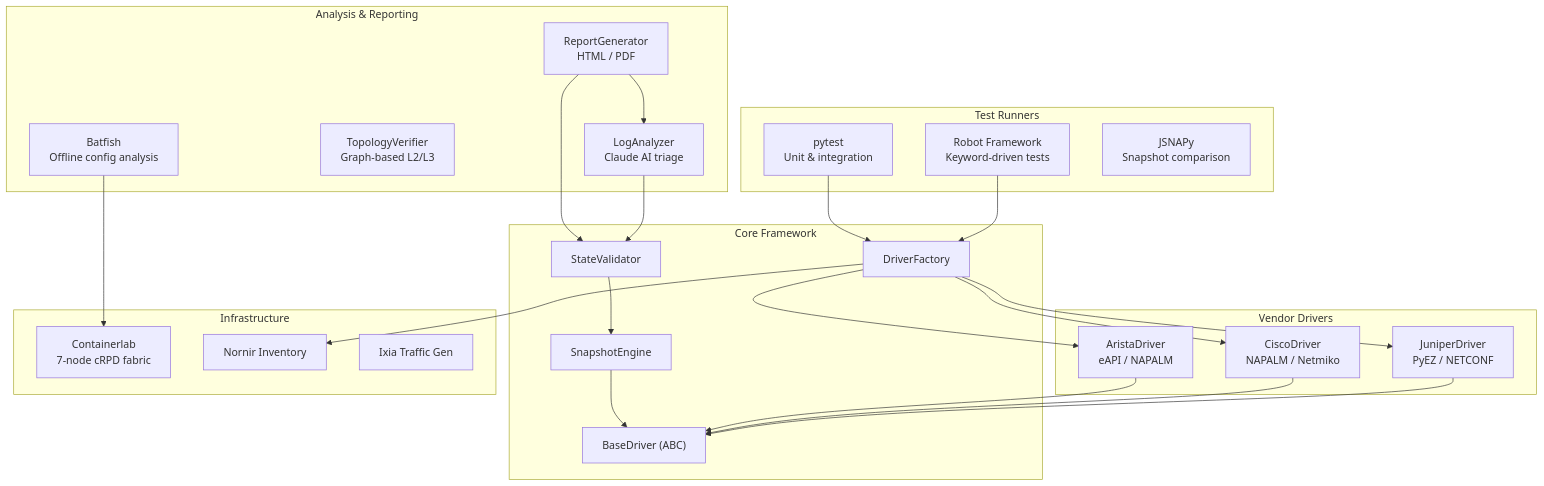
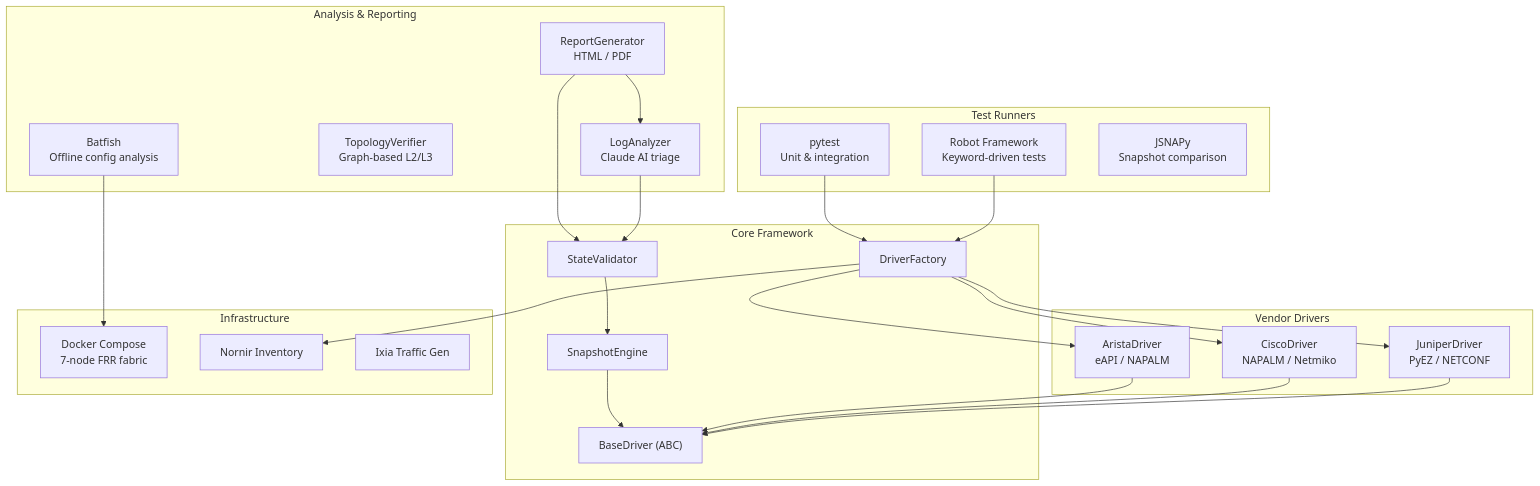
The diagram in README.md (tejakusireddy/network-test-automation-framework), drawn with Mermaid before and after one commit. The commit also changed other lines of this file and 18 other files, not shown here.

First line of the commit message:
feat: add working FRR lab topology with docker-compose and validation results

````diff
--- a/README.md
+++ b/README.md
@@ -15,45 +15,45 @@
 ```mermaid
 graph TB
     subgraph "Test Runners"
         RF["Robot Framework<br/>Keyword-driven tests"]
         PT["pytest<br/>Unit & integration"]
         JS["JSNAPy<br/>Snapshot comparison"]
     end
 
     subgraph "Core Framework"
         DF["DriverFactory"]
         BD["BaseDriver (ABC)"]
         SE["SnapshotEngine"]
         VL["StateValidator"]
     end
 
     subgraph "Vendor Drivers"
         JD["JuniperDriver<br/>PyEZ / NETCONF"]
         CD["CiscoDriver<br/>NAPALM / Netmiko"]
         AD["AristaDriver<br/>eAPI / NAPALM"]
     end
 
     subgraph "Analysis & Reporting"
         BF["Batfish<br/>Offline config analysis"]
         TV["TopologyVerifier<br/>Graph-based L2/L3"]
         LA["LogAnalyzer<br/>Claude AI triage"]
         RG["ReportGenerator<br/>HTML / PDF"]
     end
 
     subgraph "Infrastructure"
-        CL["Containerlab<br/>7-node cRPD fabric"]
+        CL["Docker Compose<br/>7-node FRR fabric"]
         NI["Nornir Inventory"]
         IX["Ixia Traffic Gen"]
     end
 
     RF --> DF
     PT --> DF
     DF --> JD & CD & AD
     JD & CD & AD --> BD
     SE --> BD
     VL --> SE
     BF --> CL
     LA --> VL
     RG --> VL & LA
     DF --> NI
 ```
````
